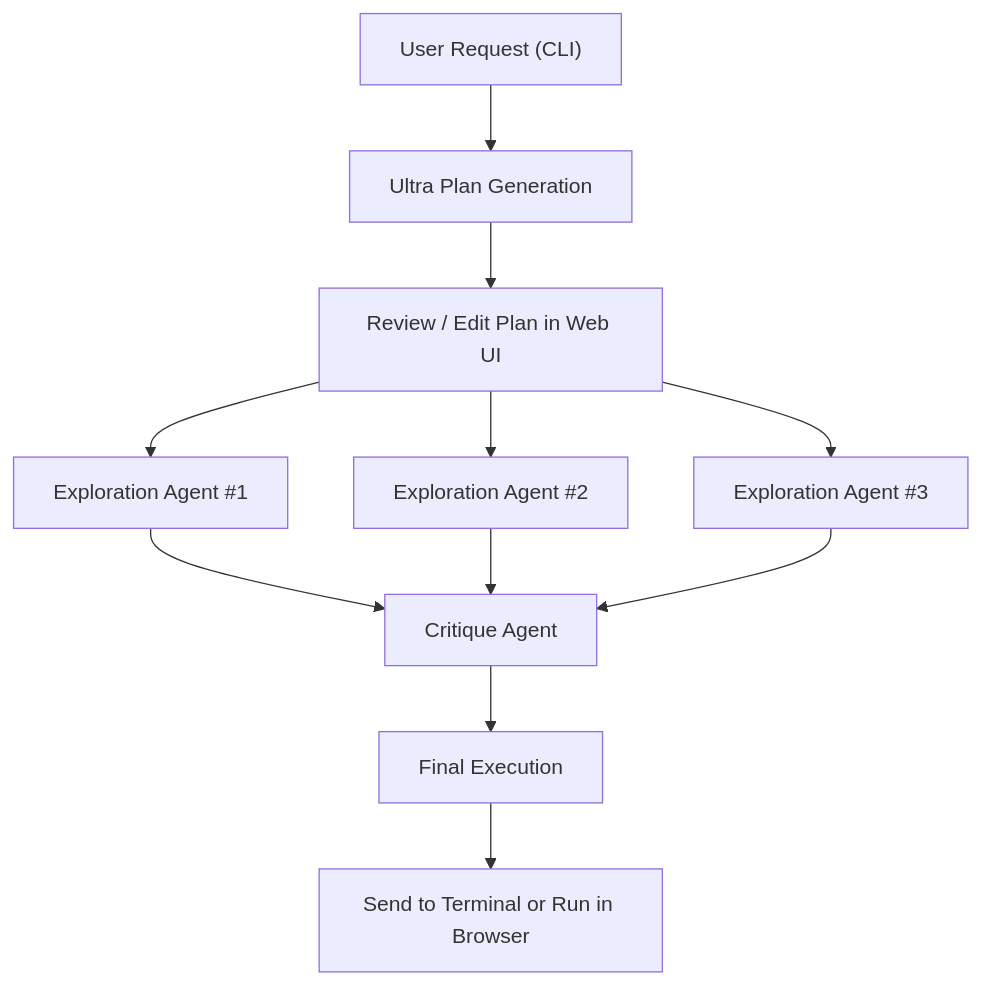
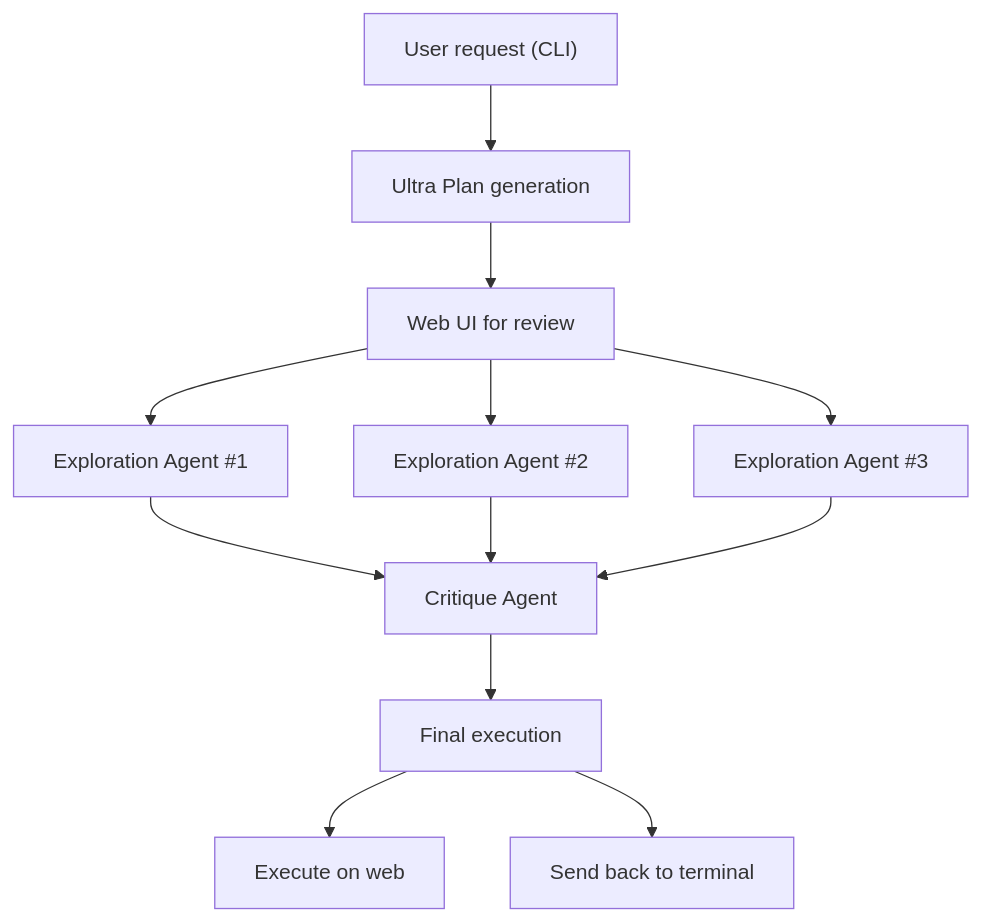
Before and after one commit to ice-ice-bear/ice-ice-bear.github.io: the first of 2 diagrams in content/en/posts/2026-04-10-claude-ultraplan.md, drawn with Mermaid. The commit also changed other lines of this file, not shown here.

````diff
--- a/content/en/posts/2026-04-10-claude-ultraplan.md
+++ b/content/en/posts/2026-04-10-claude-ultraplan.md
@@ -18,13 +22,14 @@
 ```mermaid
 flowchart TD
-    U["User Request (CLI)"] --> P["Ultra Plan Generation"]
-    P --> W["Review / Edit Plan in Web UI"]
-    W --> E1["Exploration Agent #1"]
-    W --> E2["Exploration Agent #2"]
-    W --> E3["Exploration Agent #3"]
-    E1 --> C["Critique Agent"]
-    E2 --> C
-    E3 --> C
-    C --> R["Final Execution"]
-    R --> T["Send to Terminal or Run in Browser"]
+    U["User request (CLI)"] --> UP["Ultra Plan generation"]
+    UP --> WEB["Web UI for review"]
+    WEB --> E1["Exploration Agent #1"]
+    WEB --> E2["Exploration Agent #2"]
+    WEB --> E3["Exploration Agent #3"]
+    E1 --> CR["Critique Agent"]
+    E2 --> CR
+    E3 --> CR
+    CR --> EX["Final execution"]
+    EX --> T1["Execute on web"]
+    EX --> T2["Send back to terminal"]
 ```
````
